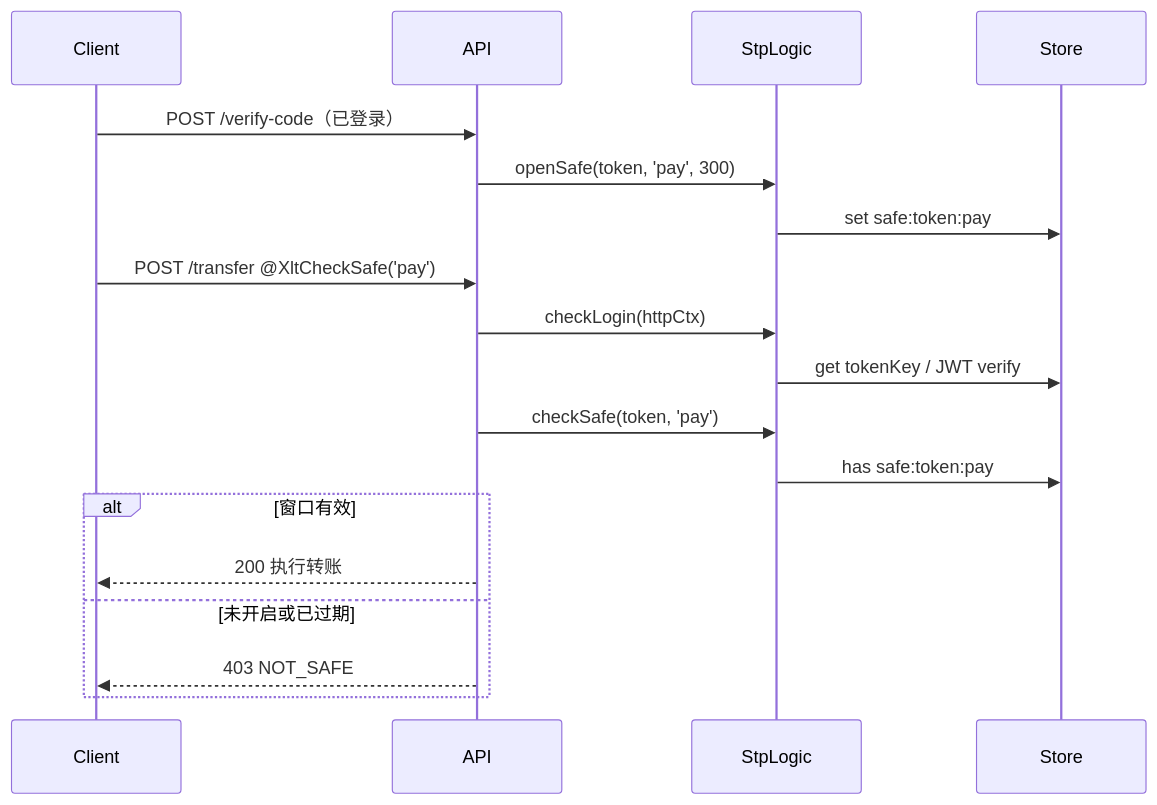
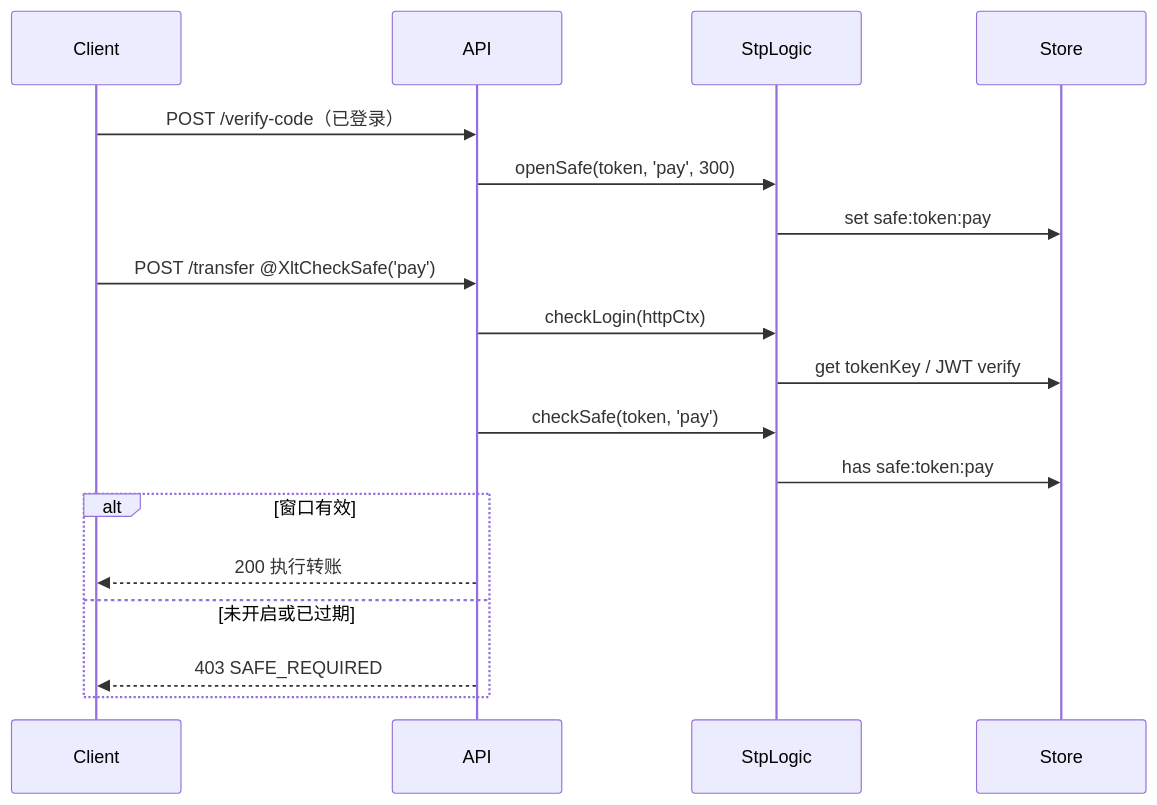
Before and after one commit to xiaoLangtou/xlt-token: the diagram in docs/core/secondary-auth.md, drawn with Mermaid. The commit also changed other lines of this file and 11 other files, not shown here.

````diff
--- a/docs/core/secondary-auth.md
+++ b/docs/core/secondary-auth.md
@@ -45,22 +45,22 @@
 ```mermaid
 sequenceDiagram
   participant Client
   participant API
   participant StpLogic
   participant Store
 
   Client->>API: POST /verify-code（已登录）
   API->>StpLogic: openSafe(token, 'pay', 300)
   StpLogic->>Store: set safe:token:pay
 
   Client->>API: POST /transfer @XltCheckSafe('pay')
   API->>StpLogic: checkLogin(httpCtx)
   StpLogic->>Store: get tokenKey / JWT verify
   API->>StpLogic: checkSafe(token, 'pay')
   StpLogic->>Store: has safe:token:pay
   alt 窗口有效
     API-->>Client: 200 执行转账
   else 未开启或已过期
-    API-->>Client: 403 NOT_SAFE
+    API-->>Client: 403 SAFE_REQUIRED
   end
 ```
````
